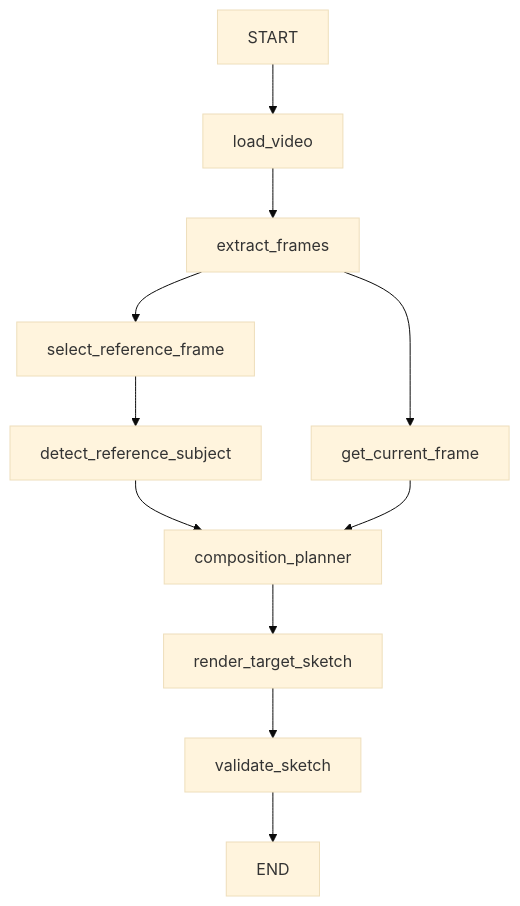
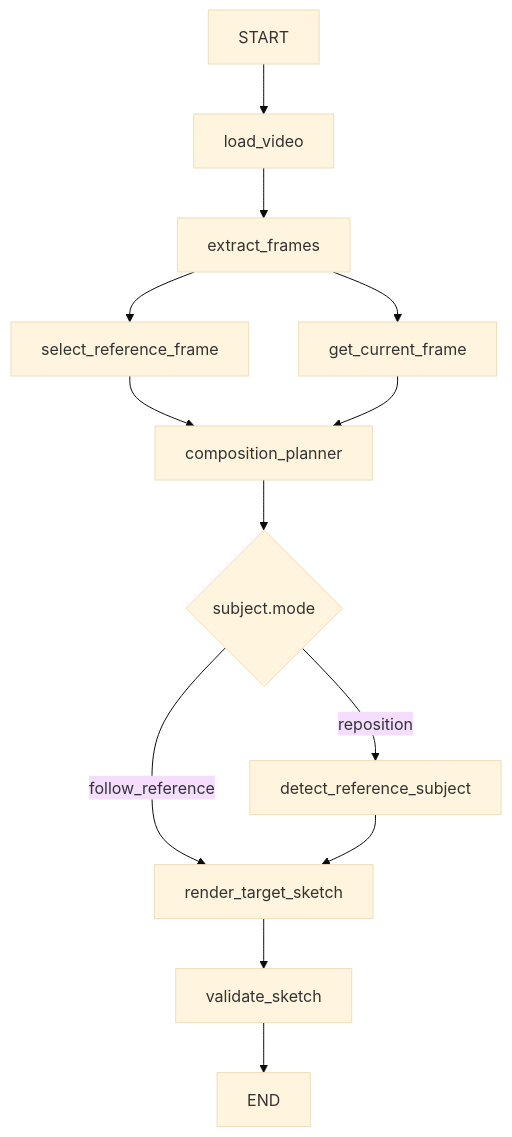
One commit to IcelandBee/PhotoAgent changed the diagram in README.md. Above: the diagram before and after it, drawn with Mermaid (base theme). The commit also changed other lines of this file and 24 other files, not shown here.

Commit message:
Add explicit subject modes and no-op reference-following rendering

````diff
--- a/README.md
+++ b/README.md
@@ -9,11 +9,13 @@
 ```mermaid
 graph TD
     START --> load_video --> extract_frames
     extract_frames --> select_reference_frame
     extract_frames --> get_current_frame
-    select_reference_frame --> detect_reference_subject
-    detect_reference_subject --> composition_planner
+    select_reference_frame --> composition_planner
     get_current_frame --> composition_planner
-    composition_planner --> render_target_sketch
+    composition_planner --> subject_mode{subject.mode}
+    subject_mode -->|follow_reference| render_target_sketch
+    subject_mode -->|reposition| detect_reference_subject
+    detect_reference_subject --> render_target_sketch
     render_target_sketch --> validate_sketch --> END
 ```
````
